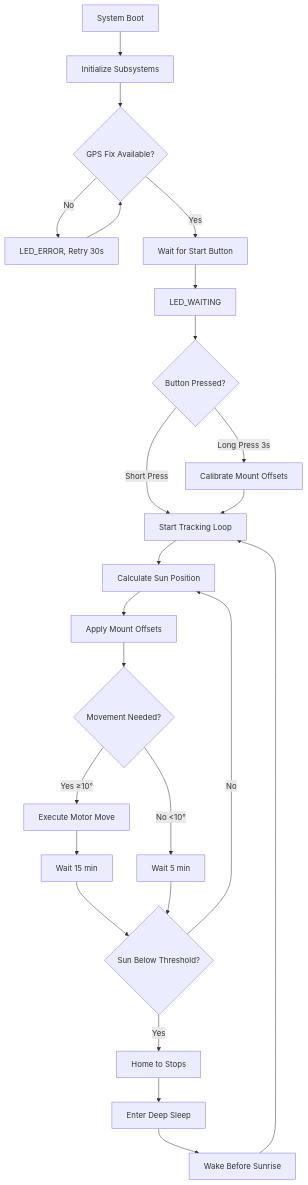
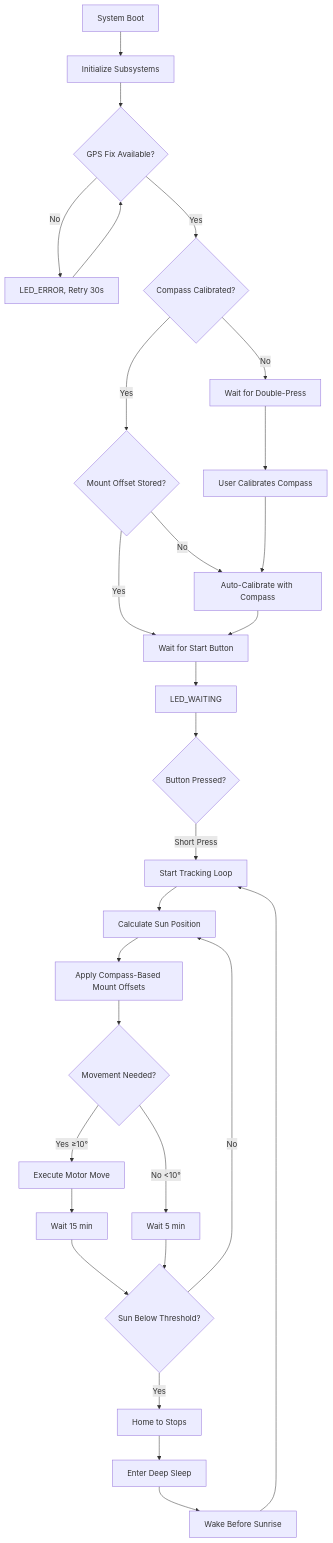
One commit to Ahm-cme/Capstone---Sunflower changed the diagram in README.md. Above: the diagram before and after it, drawn with Mermaid. The commit also changed other lines of this file and 5 other files, not shown here.

````diff
--- a/README.md
+++ b/README.md
@@ -95,27 +98,32 @@
 ```mermaid
 graph TD
     A[System Boot] --> B[Initialize Subsystems]
     B --> C{GPS Fix Available?}
     C -->|No| D[LED_ERROR, Retry 30s]
-    C -->|Yes| E[Wait for Start Button]
-    E --> F[LED_WAITING]
-    F --> G{Button Pressed?}
-    G -->|Long Press 3s| H[Calibrate Mount Offsets]
-    G -->|Short Press| I[Start Tracking Loop]
+    C -->|Yes| E{Compass Calibrated?}
+    E -->|No| F[Wait for Double-Press]
+    E -->|Yes| G{Mount Offset Stored?}
+    G -->|No| H[Auto-Calibrate with Compass]
+    G -->|Yes| I[Wait for Start Button]
+    F --> J[User Calibrates Compass]
+    J --> H
     H --> I
-    I --> J[Calculate Sun Position]
-    J --> K[Apply Mount Offsets]
-    K --> L{Movement Needed?}
-    L -->|Yes ≥10°| M[Execute Motor Move]
-    L -->|No <10°| N[Wait 5 min]
-    M --> O[Wait 15 min]
-    O --> P{Sun Below Threshold?}
-    N --> P
-    P -->|Yes| Q[Home to Stops]
-    P -->|No| J
-    Q --> R[Enter Deep Sleep]
-    R --> S[Wake Before Sunrise]
-    S --> I
+    I --> K[LED_WAITING]
+    K --> L{Button Pressed?}
+    L -->|Short Press| M[Start Tracking Loop]
+    M --> N[Calculate Sun Position]
+    N --> O[Apply Compass-Based Mount Offsets]
+    O --> P{Movement Needed?}
+    P -->|Yes ≥10°| Q[Execute Motor Move]
+    P -->|No <10°| R[Wait 5 min]
+    Q --> S[Wait 15 min]
+    S --> T{Sun Below Threshold?}
+    R --> T
+    T -->|Yes| U[Home to Stops]
+    T -->|No| N
+    U --> V[Enter Deep Sleep]
+    V --> W[Wake Before Sunrise]
+    W --> M
     
     D --> C
 ```
````
